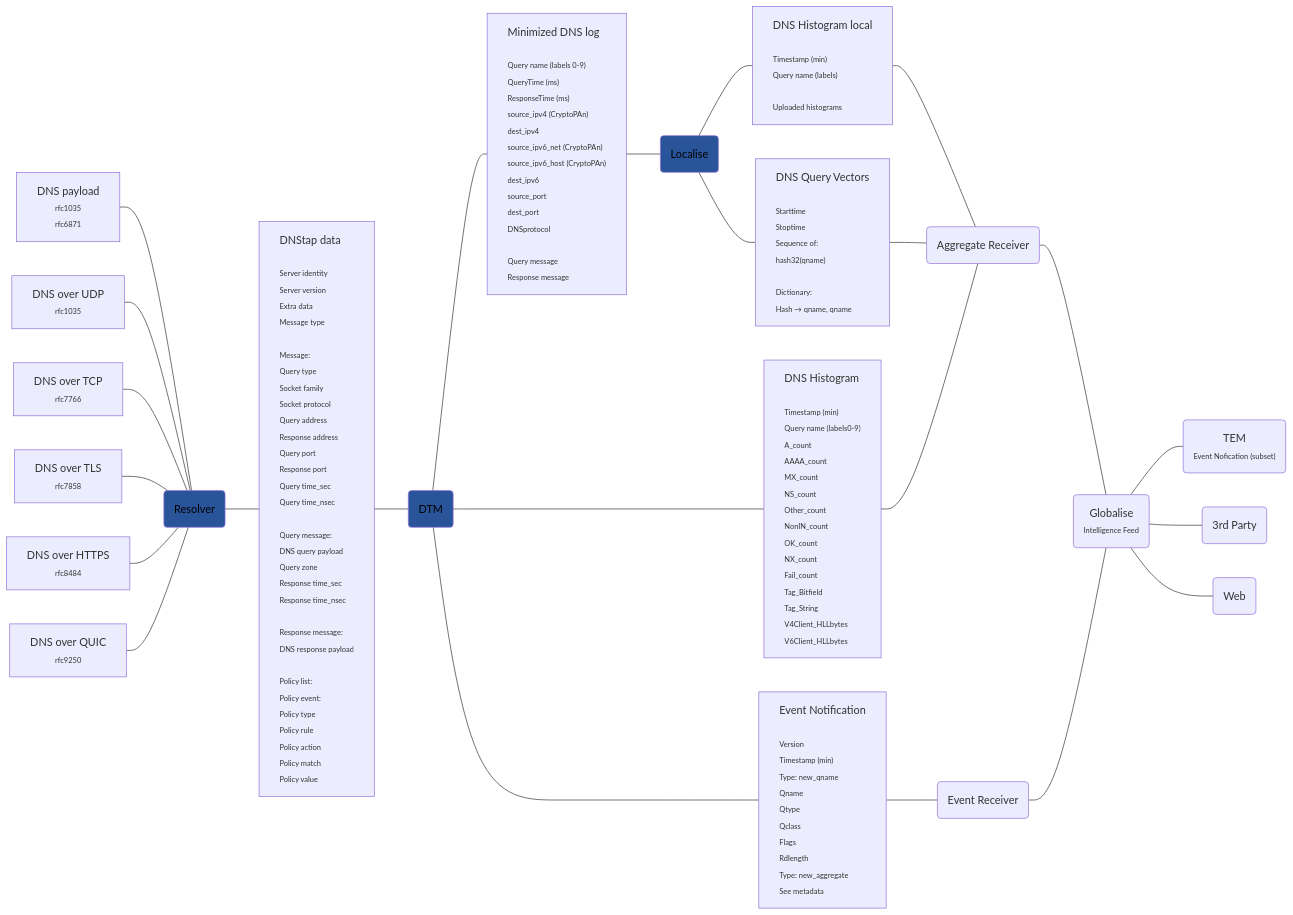
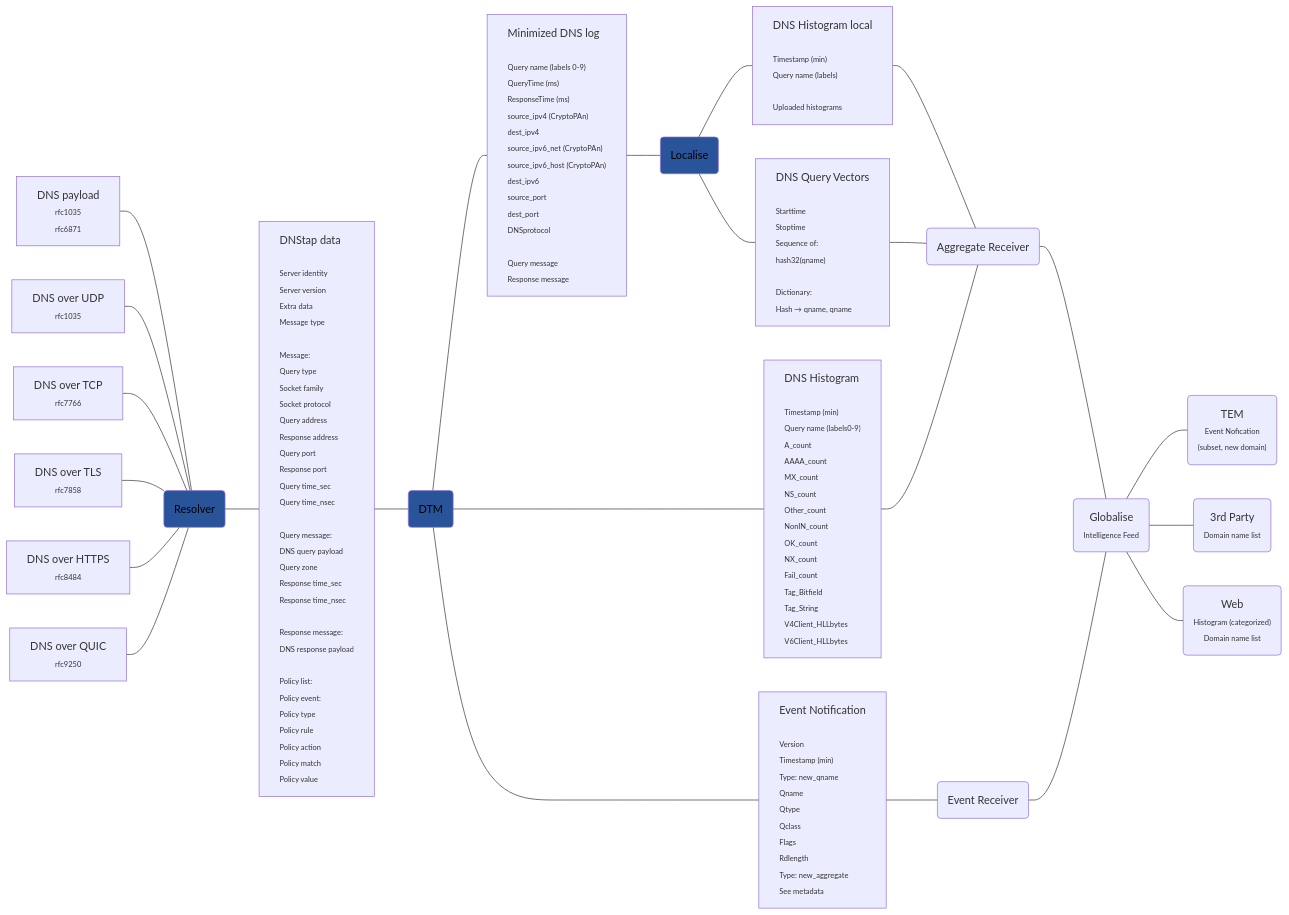
The diagram in dnsdataflow.md (dnstapir/datasets), drawn with Mermaid before and after one commit.

````diff
--- a/dnsdataflow.md
+++ b/dnsdataflow.md
@@ -137,12 +137,15 @@
 Event --- Er(Event Receiver)
 Er --- Gb
 Gb --- Tem("TEM
-<span style='font-size:11px;'>Event Nofication (subset)</span>")
-Gb --- 3p(3rd Party)
-Gb --- W(Web)
-
+<span style='font-size:11px;'>Event Nofication
+(subset, new domain)"</span>)
+Gb --- 3p(3rd Party
+<span style='font-size:11px;'>Domain name list</span>)
+Gb --- W("Web
+<span style='font-size:11px;'>Histogram (categorized)
+Domain name list"</span>)
 
 classDef service fill:#295499,color:#000
-classDef left text-align:left
+classDef left text-align:left;
 
 ```
````
